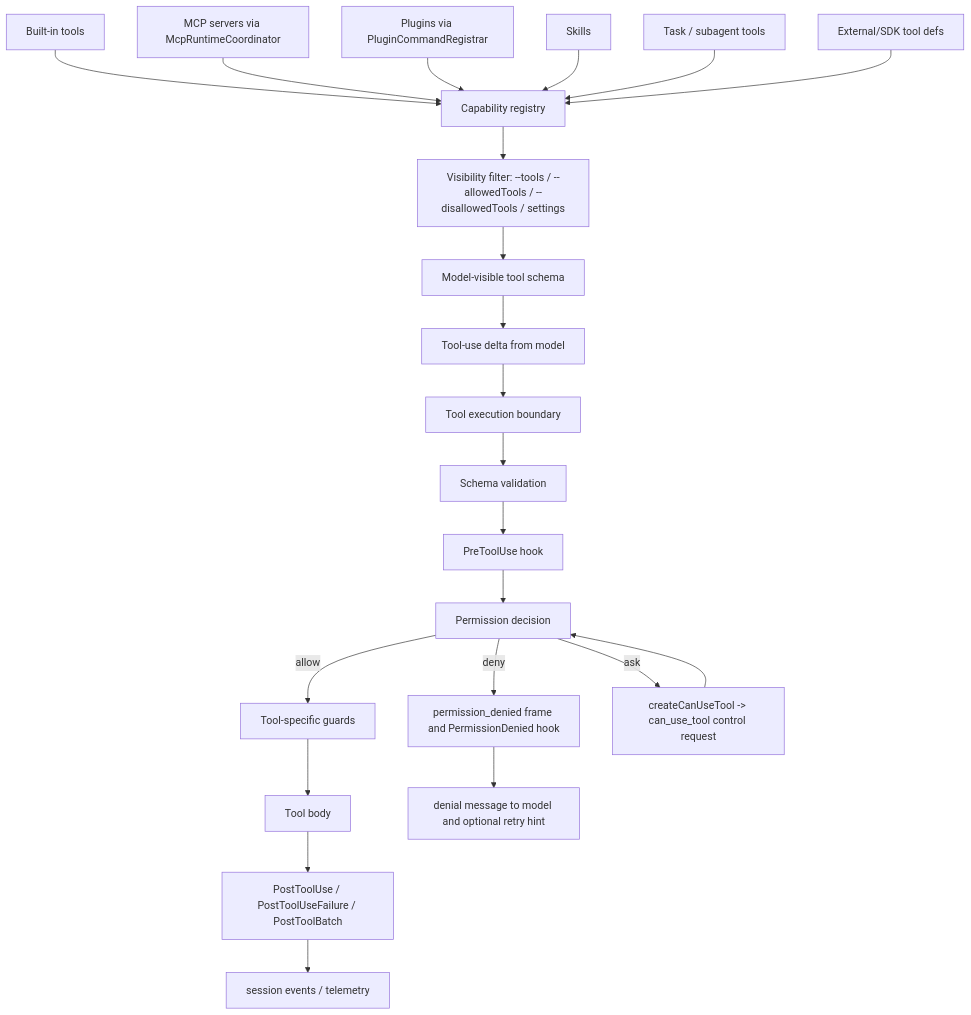
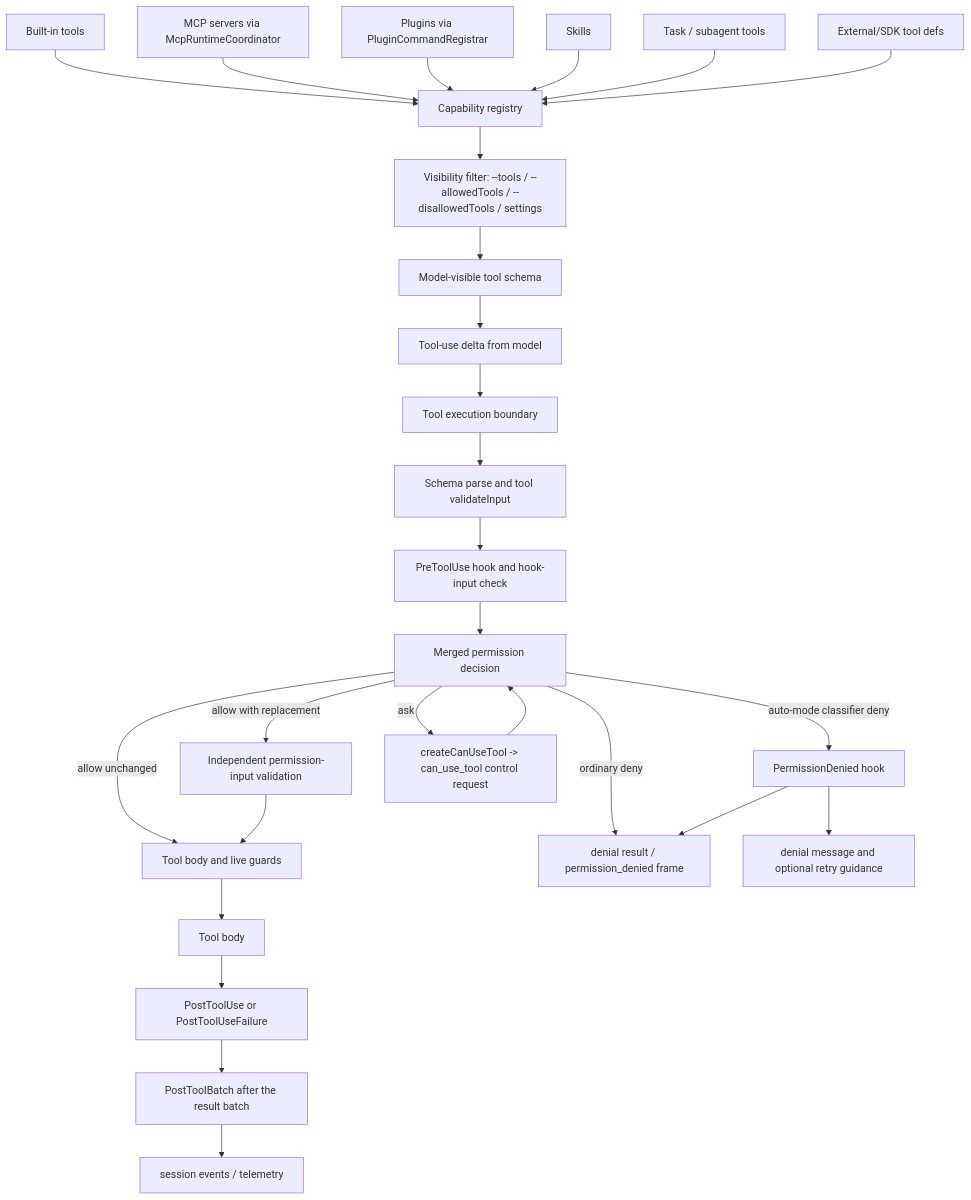
One commit to vibewatch/claude-code-internals changed the first of 2 diagrams in docs/03-tools-integrations-security/architecture.md. Above: the diagram before and after it, drawn with Mermaid. The commit also changed other lines of this file and 46 other files, not shown here.

````diff
--- a/docs/03-tools-integrations-security/architecture.md
+++ b/docs/03-tools-integrations-security/architecture.md
@@ -52,26 +56,31 @@
 ```mermaid
 flowchart TD
     Builtins[Built-in tools] --> Registry[Capability registry]
     McpTools[MCP servers via McpRuntimeCoordinator] --> Registry
     Plugins[Plugins via PluginCommandRegistrar] --> Registry
     Skills[Skills] --> Registry
     Tasks[Task / subagent tools] --> Registry
     External[External/SDK tool defs] --> Registry
 
     Registry --> Filter[Visibility filter: --tools / --allowedTools / --disallowedTools / settings]
     Filter --> Visible[Model-visible tool schema]
 
     Visible --> ToolUse[Tool-use delta from model]
     ToolUse --> Boundary[Tool execution boundary]
-    Boundary --> Schema[Schema validation]
-    Schema --> PreHook[PreToolUse hook]
-    PreHook --> Decision[Permission decision]
-    Decision -->|allow| Guards[Tool-specific guards]
-    Decision -->|deny| Denial[permission_denied frame and PermissionDenied hook]
+    Boundary --> Schema[Schema parse and tool validateInput]
+    Schema --> PreHook[PreToolUse hook and hook-input check]
+    PreHook --> Decision[Merged permission decision]
+    Decision -->|allow with replacement| FinalInput[Independent permission-input validation]
+    Decision -->|allow unchanged| Guards[Tool body and live guards]
+    FinalInput --> Guards
+    Decision -->|ordinary deny| Denial[denial result / permission_denied frame]
+    Decision -->|auto-mode classifier deny| DenialHook[PermissionDenied hook]
+    DenialHook --> Denial
     Decision -->|ask| Host[createCanUseTool -> can_use_tool control request]
     Host --> Decision
     Guards --> Execute[Tool body]
-    Execute --> PostHook[PostToolUse / PostToolUseFailure / PostToolBatch]
-    Denial --> ModelFeedback[denial message to model and optional retry hint]
-    PostHook --> SessionEvents[session events / telemetry]
+    Execute --> PerCall[PostToolUse or PostToolUseFailure]
+    PerCall --> Batch[PostToolBatch after the result batch]
+    DenialHook --> ModelFeedback[denial message and optional retry guidance]
+    Batch --> SessionEvents[session events / telemetry]
 ```
````
